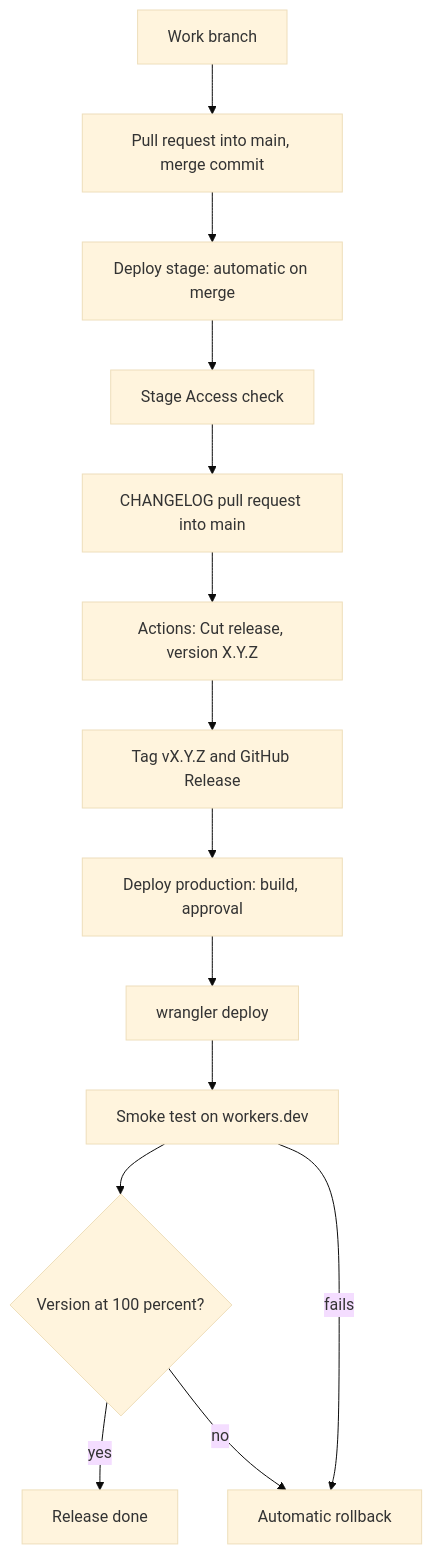
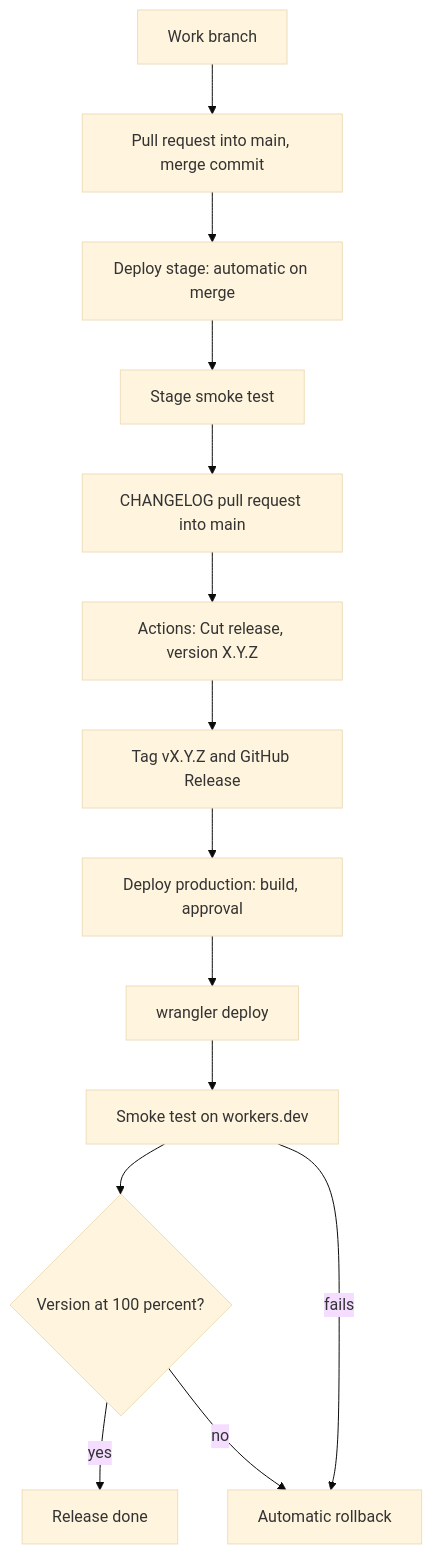
The diagram in content/runbooks/cloudflare-workers-deploy-and-rollback.md (greenblacked/Notes), drawn with Mermaid (base theme) before and after one commit. The commit also changed other lines of this file and 1 other file, not shown here.

Commit message:
docs: describe stage as public and noindex

````diff
--- a/content/runbooks/cloudflare-workers-deploy-and-rollback.md
+++ b/content/runbooks/cloudflare-workers-deploy-and-rollback.md
@@ -36,16 +36,16 @@
 ```mermaid
 flowchart TD
     A[Work branch] --> P[Pull request into main, merge commit]
     P --> B[Deploy stage: automatic on merge]
-    B --> C[Stage Access check]
+    B --> C[Stage smoke test]
     C --> M[CHANGELOG pull request into main]
     M --> D[Actions: Cut release, version X.Y.Z]
     D --> E[Tag vX.Y.Z and GitHub Release]
     E --> F[Deploy production: build, approval]
     F --> G[wrangler deploy]
     G --> H[Smoke test on workers.dev]
     H --> I{Version at 100 percent?}
     I -- yes --> J[Release done]
     I -- no --> K[Automatic rollback]
     H -- fails --> K
 ```
````
